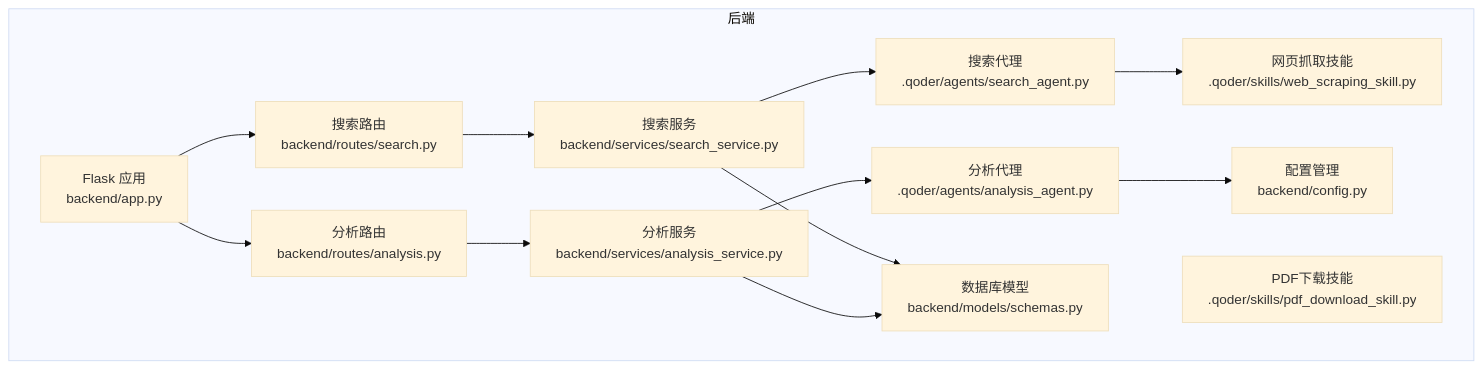
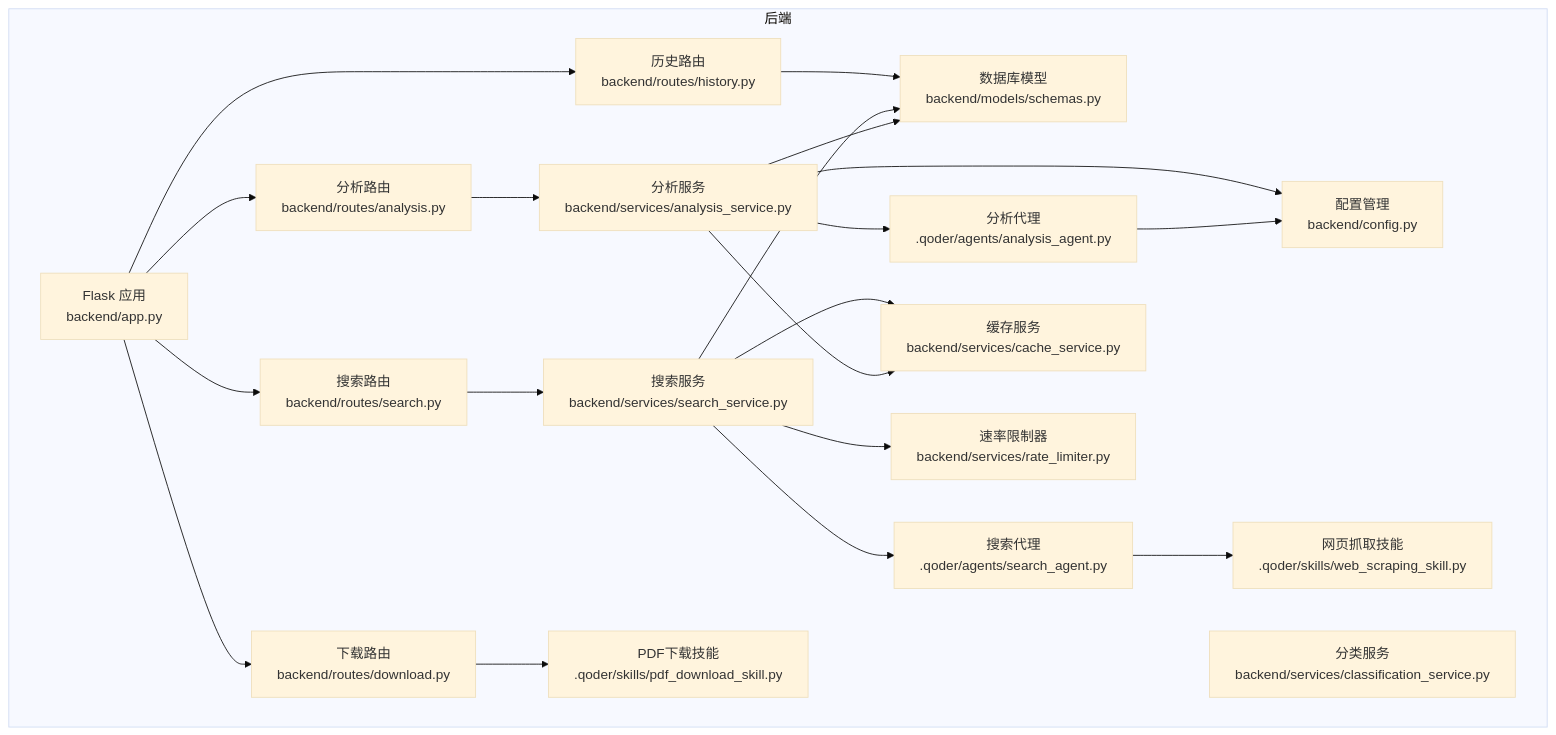
The first of 13 diagrams in .qoder/repowiki/zh/content/系统架构设计/AI代理系统架构.md (wangdy21/search_is_all_you_need), drawn with Mermaid (base theme) before and after one commit. The commit also changed other lines of this file and 11 other files, not shown here.

````diff
--- a/.qoder/repowiki/zh/content/系统架构设计/AI代理系统架构.md
+++ b/.qoder/repowiki/zh/content/系统架构设计/AI代理系统架构.md
@@ -49,26 +56,39 @@
 ```mermaid
 graph TB
 subgraph "后端"
 APP["Flask 应用<br/>backend/app.py"]
 CFG["配置管理<br/>backend/config.py"]
 DB["数据库模型<br/>backend/models/schemas.py"]
 RT_SEARCH["搜索路由<br/>backend/routes/search.py"]
 RT_ANALYSIS["分析路由<br/>backend/routes/analysis.py"]
+RT_DOWNLOAD["下载路由<br/>backend/routes/download.py"]
+RT_HISTORY["历史路由<br/>backend/routes/history.py"]
 SVC_SEARCH["搜索服务<br/>backend/services/search_service.py"]
 SVC_ANALYSIS["分析服务<br/>backend/services/analysis_service.py"]
+SVC_CACHE["缓存服务<br/>backend/services/cache_service.py"]
+SVC_RATE["速率限制器<br/>backend/services/rate_limiter.py"]
+SVC_CLASS["分类服务<br/>backend/services/classification_service.py"]
 AG_SEARCH["搜索代理<br/>.qoder/agents/search_agent.py"]
 AG_ANALYSIS["分析代理<br/>.qoder/agents/analysis_agent.py"]
 SK_PDF["PDF下载技能<br/>.qoder/skills/pdf_download_skill.py"]
 SK_WEB["网页抓取技能<br/>.qoder/skills/web_scraping_skill.py"]
 end
 APP --> RT_SEARCH
 APP --> RT_ANALYSIS
+APP --> RT_DOWNLOAD
+APP --> RT_HISTORY
 RT_SEARCH --> SVC_SEARCH
 RT_ANALYSIS --> SVC_ANALYSIS
+RT_DOWNLOAD --> SK_PDF
+RT_HISTORY --> DB
 SVC_SEARCH --> AG_SEARCH
 SVC_ANALYSIS --> AG_ANALYSIS
+SVC_SEARCH --> SVC_CACHE
+SVC_ANALYSIS --> SVC_CACHE
+SVC_SEARCH --> SVC_RATE
+SVC_ANALYSIS --> CFG
 AG_SEARCH --> SK_WEB
 AG_ANALYSIS --> CFG
 SVC_SEARCH --> DB
 SVC_ANALYSIS --> DB
 ```
````
